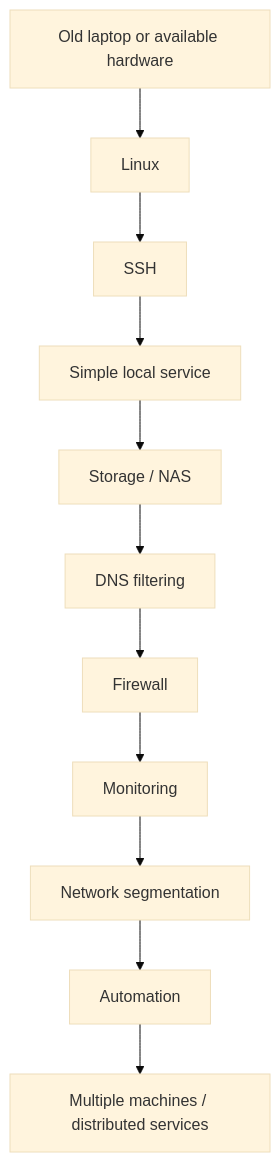
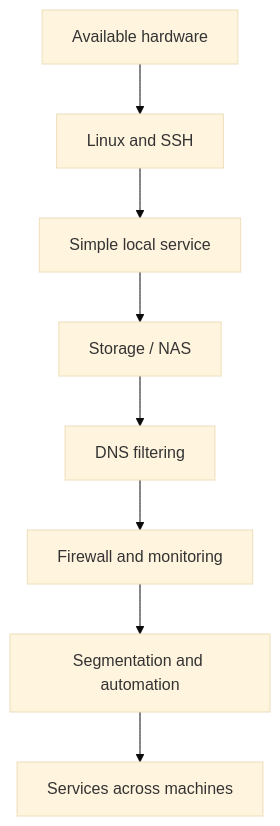
Before and after one commit to moldovanluca4/homelab: the diagram in docs/learning.md, drawn with Mermaid (base theme). The commit also changed other lines of this file and 25 other files, not shown here.

````diff
--- a/docs/learning.md
+++ b/docs/learning.md
@@ -27,13 +27,10 @@
 ```mermaid
 flowchart TB
-    A["Old laptop or available hardware"] --> B["Linux"]
-    B --> C["SSH"]
-    C --> D["Simple local service"]
-    D --> E["Storage / NAS"]
-    E --> F["DNS filtering"]
-    F --> G["Firewall"]
-    G --> H["Monitoring"]
-    H --> I["Network segmentation"]
-    I --> J["Automation"]
-    J --> K["Multiple machines / distributed services"]
+    A["Available hardware"] --> B["Linux and SSH"]
+    B --> C["Simple local service"]
+    C --> D["Storage / NAS"]
+    D --> E["DNS filtering"]
+    E --> F["Firewall and monitoring"]
+    F --> G["Segmentation and automation"]
+    G --> H["Services across machines"]
 ```
````
